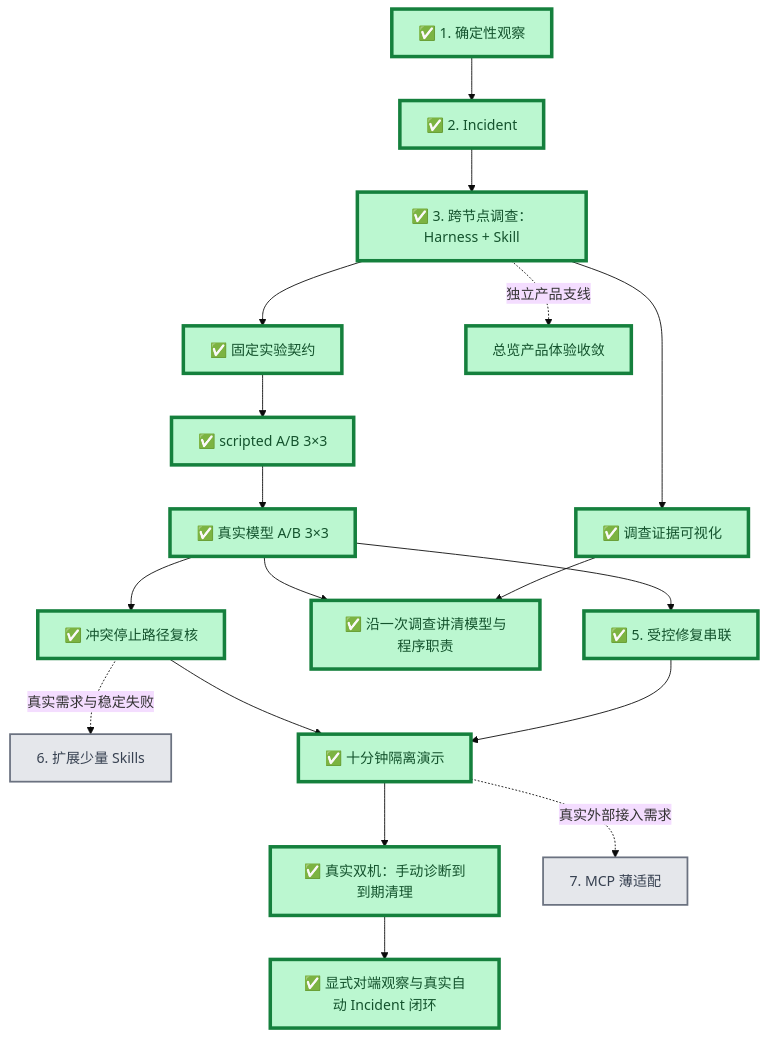
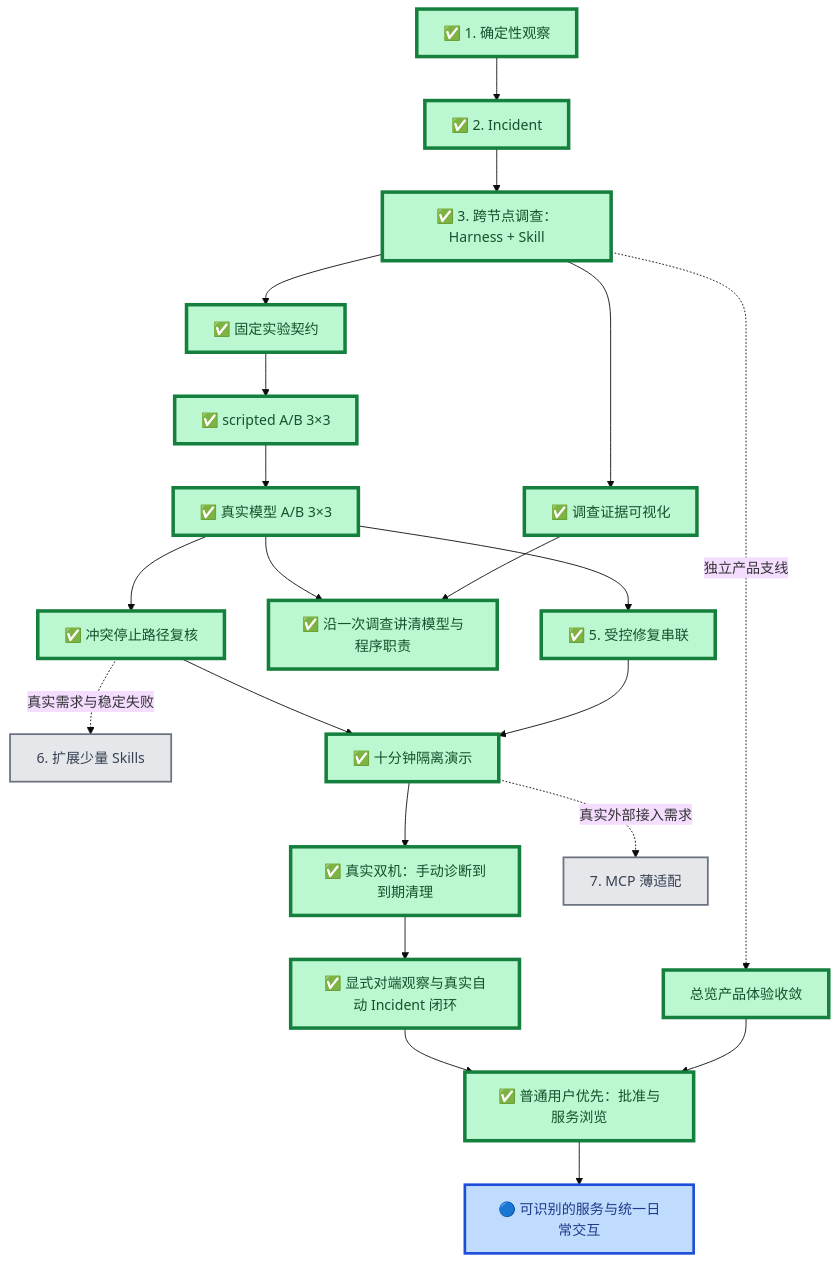
The first of 2 diagrams in docs/project/roadmap.md (Sugarfarmeriod/TunnelMinion), drawn with Mermaid (base theme) before and after one commit. The commit also changed other lines of this file and 13 other files, not shown here.

````diff
--- a/docs/project/roadmap.md
+++ b/docs/project/roadmap.md
@@ -8,33 +8,38 @@
 ```mermaid
 flowchart TB
     A["✅ 1. 确定性观察"] --> B["✅ 2. Incident"]
     B --> C["✅ 3. 跨节点调查：Harness + Skill"]
 
     C --> D1["✅ 固定实验契约"]
     D1 --> D2["✅ scripted A/B 3×3"]
     D2 --> D3["✅ 真实模型 A/B 3×3"]
 
     D3 --> E["✅ 5. 受控修复串联"]
     C --> V["✅ 调查证据可视化"]
     V --> W["✅ 沿一次调查讲清模型与程序职责"]
     D3 --> W
     D3 --> F["✅ 冲突停止路径复核"]
     F -.真实需求与稳定失败.-> K["6. 扩展少量 Skills"]
     E --> H["✅ 十分钟隔离演示"]
     F --> H
     H --> R["✅ 真实双机：手动诊断到到期清理"]
     R --> I["✅ 显式对端观察与真实自动 Incident 闭环"]
     H -.真实外部接入需求.-> G["7. MCP 薄适配"]
 
     C -.独立产品支线.-> U["总览产品体验收敛"]
+    U --> P["✅ 普通用户优先：批准与服务浏览"]
+    I --> P
+    P --> Q["🔵 可识别的服务与统一日常交互"]
 
     classDef done fill:#bbf7d0,stroke:#15803d,stroke-width:4px,color:#14532d;
     classDef current fill:#fde68a,stroke:#b45309,stroke-width:5px,color:#78350f;
     classDef next fill:#bfdbfe,stroke:#1d4ed8,stroke-width:3px,color:#1e3a8a;
     classDef later fill:#e5e7eb,stroke:#6b7280,stroke-width:2px,color:#374151;
     class A,B,C,D1,D2,D3,E,F,H,R,V done;
     class U done;
     class W done;
     class I done;
     class G,K later;
+    class P done;
+    class Q next;
 ```
````
